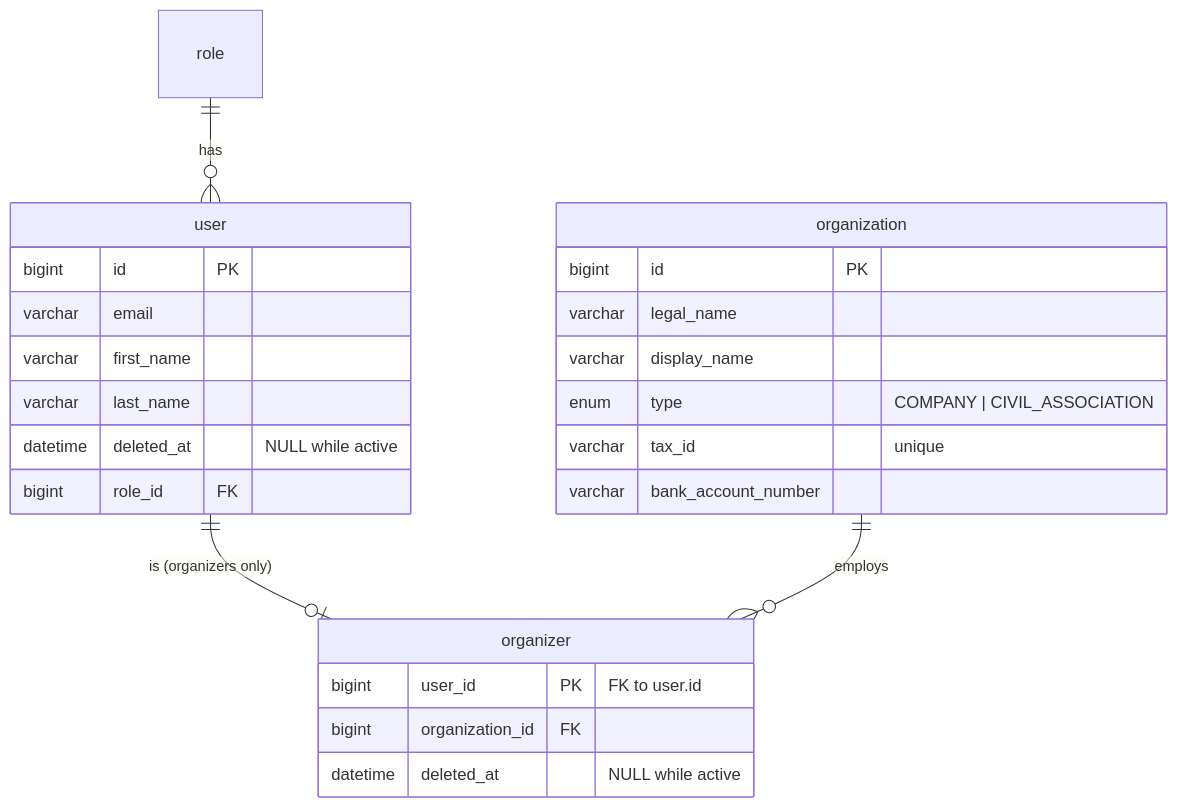
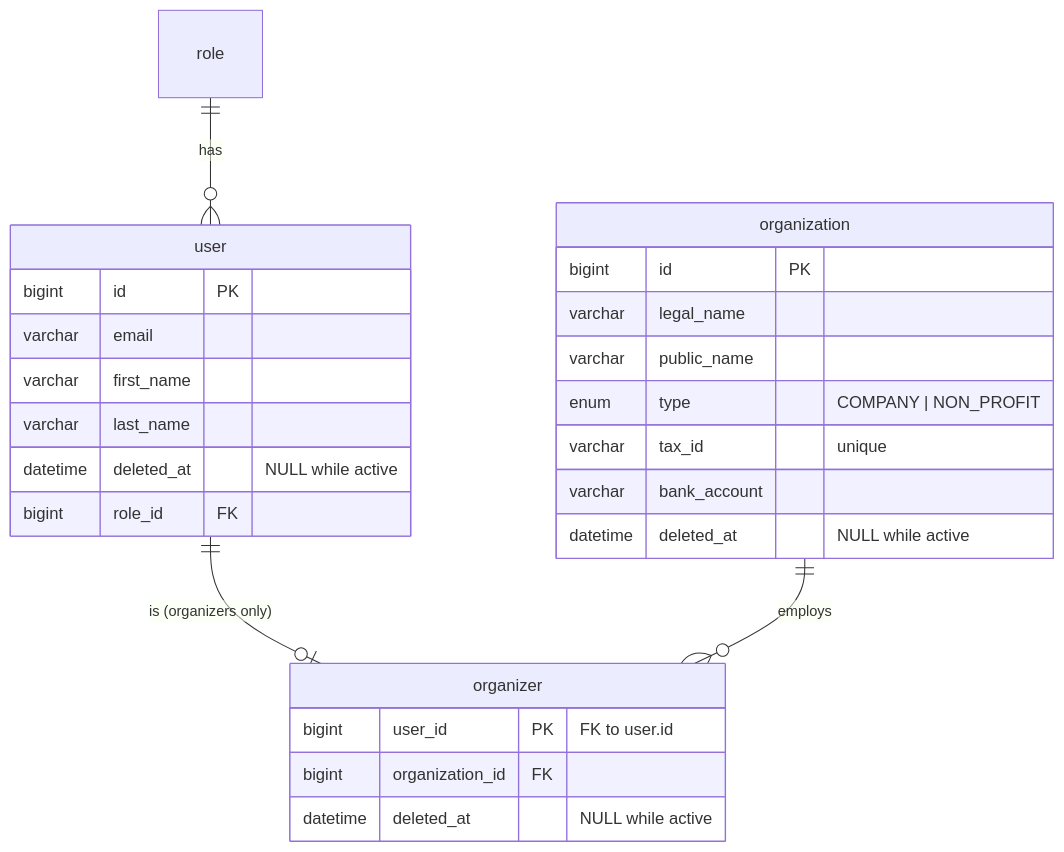
One commit to joaquinblock/TicketYa changed the diagram in docs/architecture/auth-service.md. Above: the diagram before and after it, drawn with Mermaid. The commit also changed other lines of this file and 4 other files, not shown here.

````diff
--- a/docs/architecture/auth-service.md
+++ b/docs/architecture/auth-service.md
@@ -7,28 +7,29 @@
 ```mermaid
 erDiagram
     role ||--o{ user : "has"
     user ||--o| organizer : "is (organizers only)"
     organization ||--o{ organizer : "employs"
 
     user {
         bigint id PK
         varchar email
         varchar first_name
         varchar last_name
         datetime deleted_at "NULL while active"
         bigint role_id FK
     }
     organization {
         bigint id PK
         varchar legal_name
-        varchar display_name
-        enum type "COMPANY | CIVIL_ASSOCIATION"
+        varchar public_name
+        enum type "COMPANY | NON_PROFIT"
         varchar tax_id "unique"
-        varchar bank_account_number
+        varchar bank_account
+        datetime deleted_at "NULL while active"
     }
     organizer {
         bigint user_id PK "FK to user.id"
         bigint organization_id FK
         datetime deleted_at "NULL while active"
     }
 ```
````
